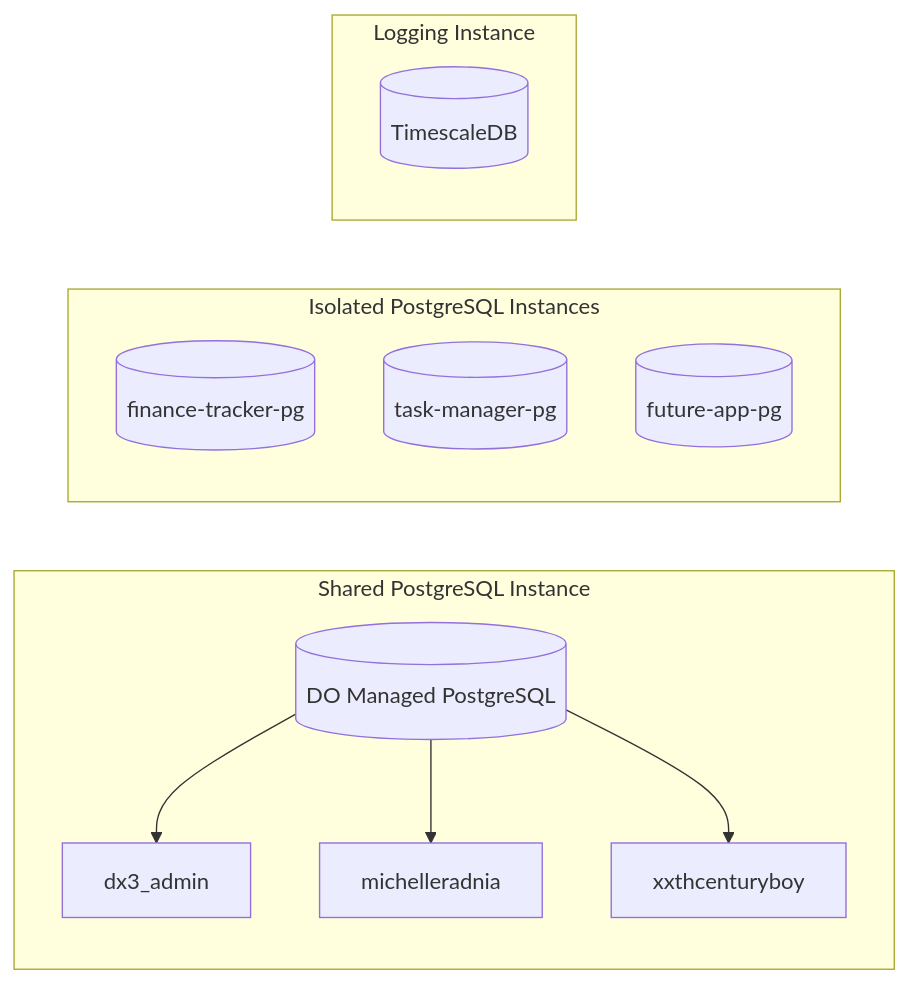
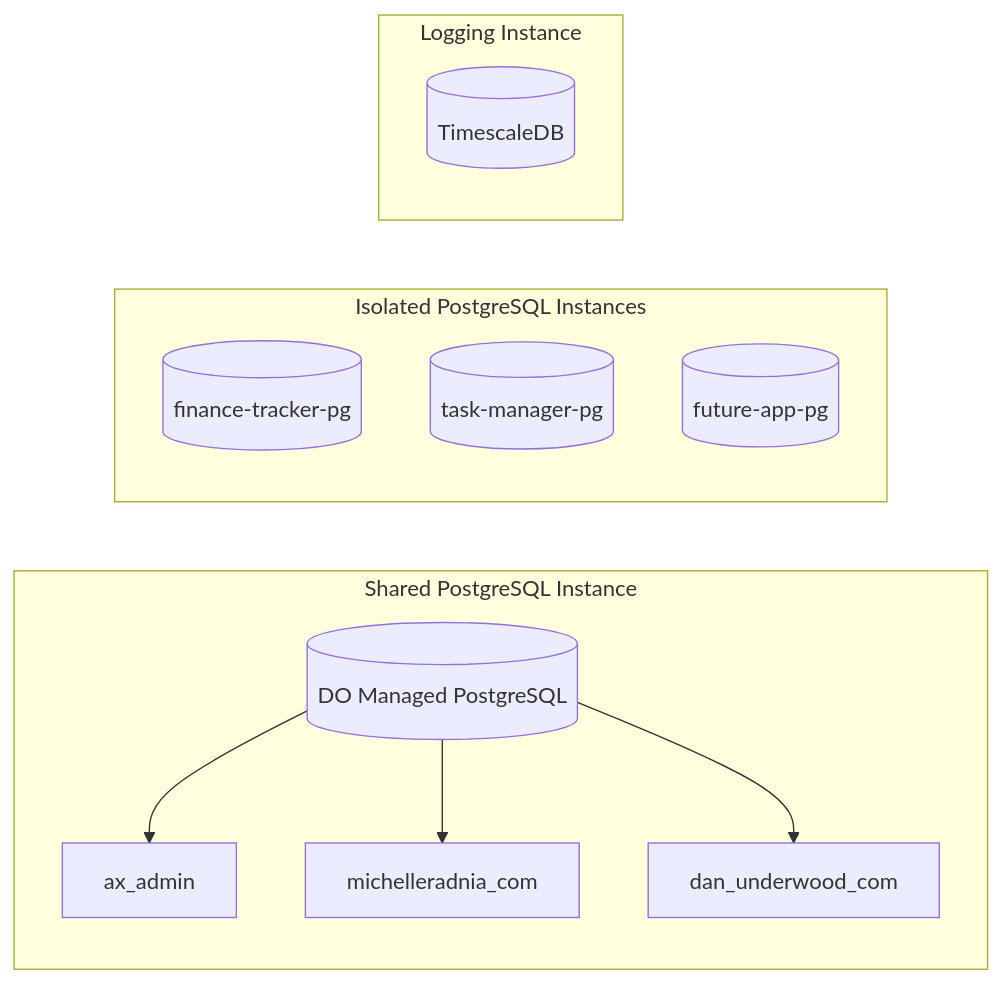
The fourth of 8 diagrams in docs/MULTI-APP-ECOSYSTEM-ARCHITECTURE.md (xxthcenturyboy/DX3-Monorepo), drawn with Mermaid before and after one commit. The commit also changed other lines of this file and 21 other files, not shown here.

````diff
--- a/docs/MULTI-APP-ECOSYSTEM-ARCHITECTURE.md
+++ b/docs/MULTI-APP-ECOSYSTEM-ARCHITECTURE.md
@@ -169,20 +169,20 @@
 ```mermaid
 flowchart LR
     subgraph SharedPGCluster [Shared PostgreSQL Instance]
         direction TB
         ManagedPG[(DO Managed PostgreSQL)]
-        ManagedPG --> UmbrellaDB[dx3_admin]
-        ManagedPG --> PersonalDB1[michelleradnia]
-        ManagedPG --> PersonalDB2[xxthcenturyboy]
+        ManagedPG --> UmbrellaDB[ax_admin]
+        ManagedPG --> PersonalDB1[michelleradnia_com]
+        ManagedPG --> PersonalDB2[dan_underwood_com]
     end
 
     subgraph IsolatedPGInstances [Isolated PostgreSQL Instances]
         FinancePG[(finance-tracker-pg)]
         TaskPG[(task-manager-pg)]
         FuturePG[(future-app-pg)]
     end
 
     subgraph LoggingInstance [Logging Instance]
         TimescalePG[(TimescaleDB)]
     end
 ```
````
